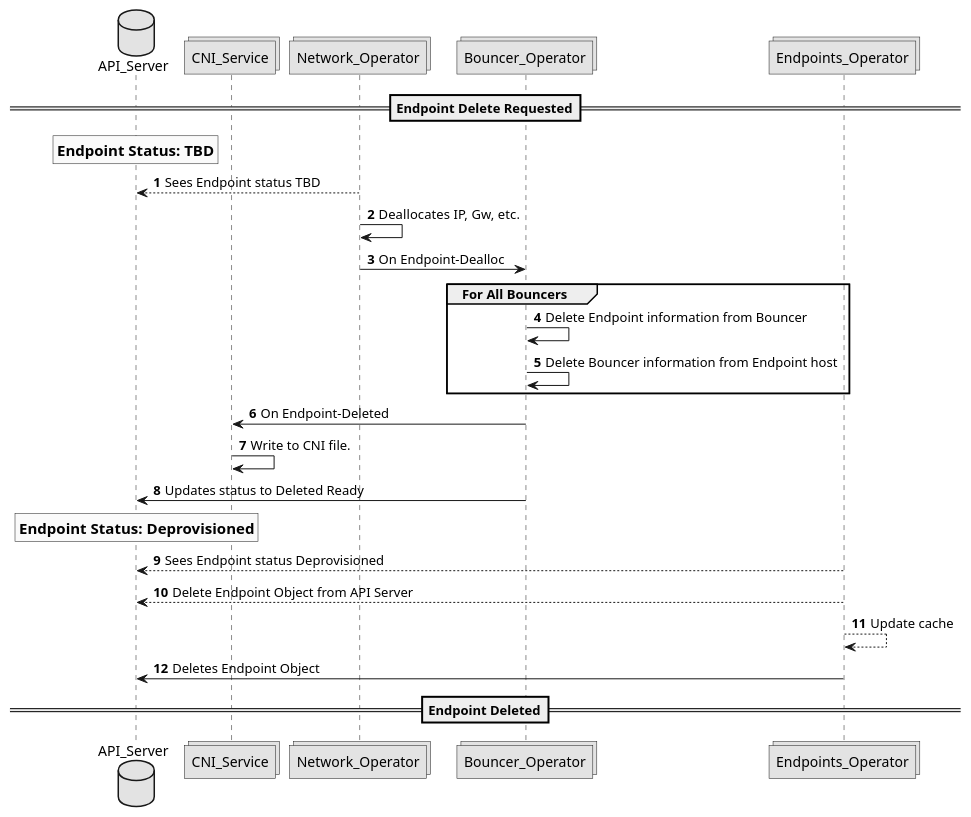
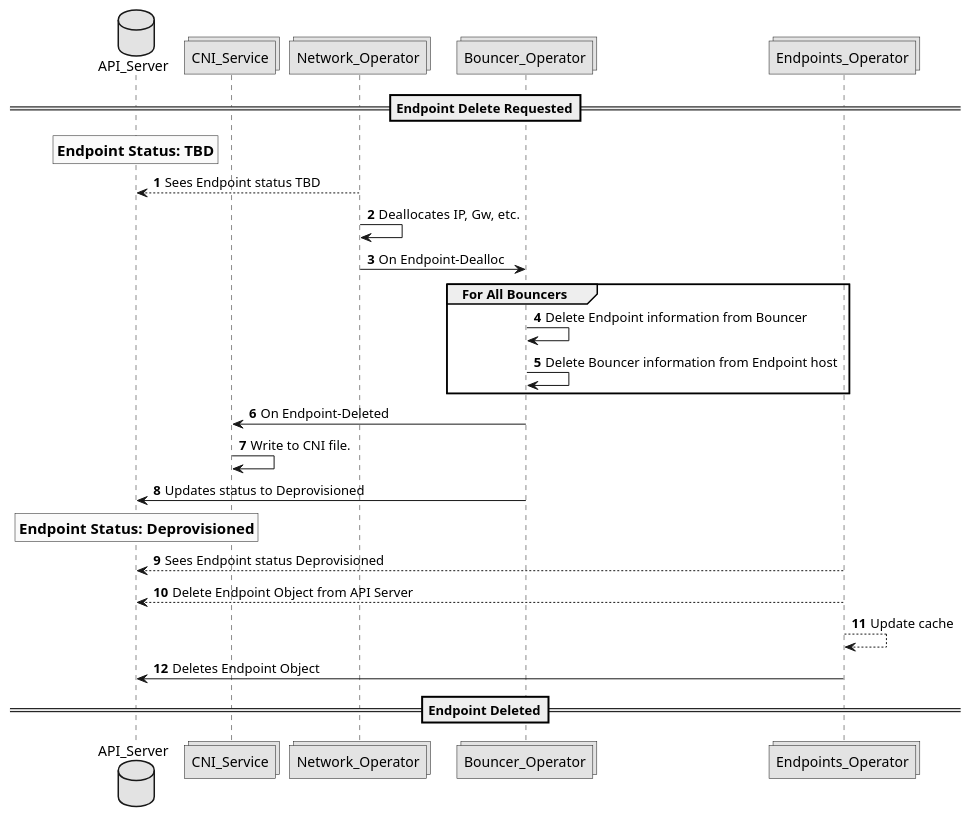
Before and after one commit to CentaurusInfra/mizar: the diagram in Documentation/design/figures/delete_endpoint_workflow.puml, drawn with PlantUML. The commit also changed 2 other files, not shown here.

```diff
--- a/Documentation/design/figures/delete_endpoint_workflow.puml
+++ b/Documentation/design/figures/delete_endpoint_workflow.puml
@@ -1,30 +1,30 @@
 @startuml
 
 skinparam monochrome true
 autonumber
 
 database API_Server
 collections CNI_Service
 collections Network_Operator
 collections Bouncer_Operator
 collections Endpoints_Operator
 
 ==Endpoint Delete Requested==
 rnote over API_Server: == Endpoint Status: TBD
 Network_Operator --> API_Server: Sees Endpoint status TBD
 Network_Operator -> Network_Operator: Deallocates IP, Gw, etc.
 Network_Operator -> Bouncer_Operator: On Endpoint-Dealloc
 group For All Bouncers
 Bouncer_Operator -> Bouncer_Operator: Delete Endpoint information from Bouncer
 Bouncer_Operator -> Bouncer_Operator: Delete Bouncer information from Endpoint host
 end
 Bouncer_Operator -> CNI_Service: On Endpoint-Deleted
 CNI_Service -> CNI_Service: Write to CNI file.
-Bouncer_Operator -> API_Server: Updates status to Deleted Ready
+Bouncer_Operator -> API_Server: Updates status to Deprovisioned
 rnote over API_Server: ==Endpoint Status: Deprovisioned
 Endpoints_Operator --> API_Server: Sees Endpoint status Deprovisioned
 Endpoints_Operator --> API_Server: Delete Endpoint Object from API Server
 Endpoints_Operator --> Endpoints_Operator: Update cache
 Endpoints_Operator -> API_Server: Deletes Endpoint Object
 ==Endpoint Deleted==
 @enduml
```
